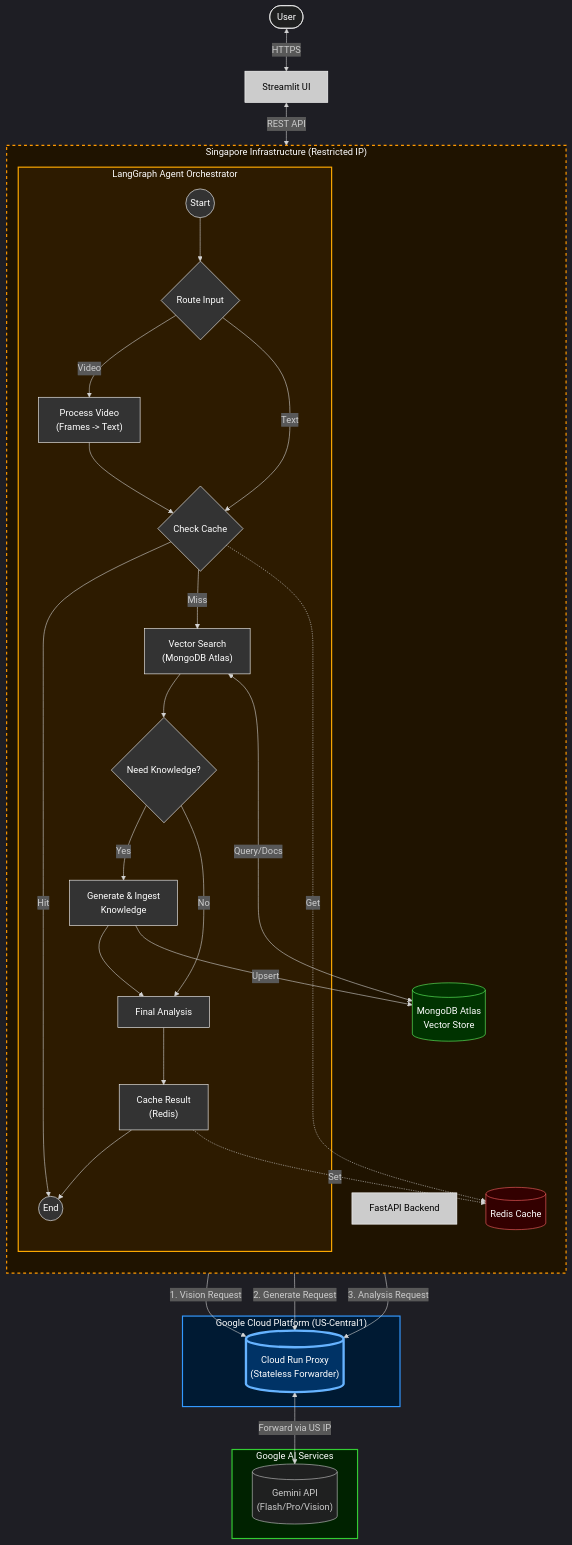
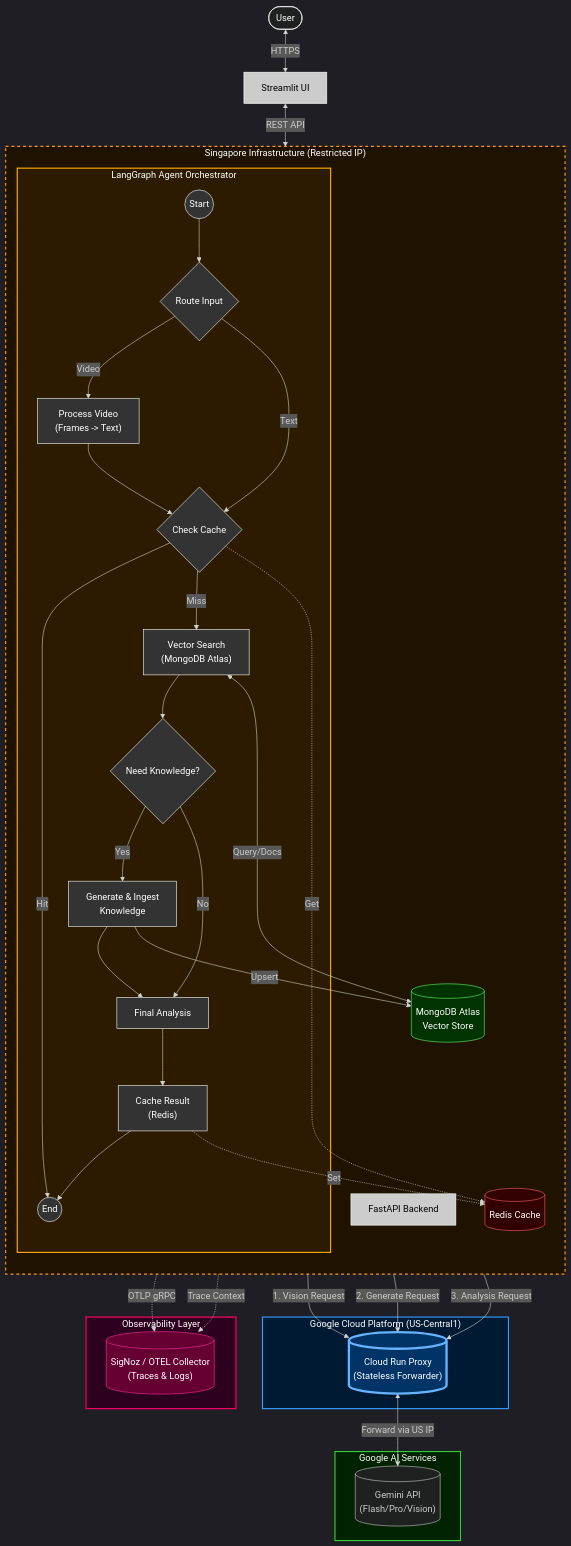
One commit to nirajmind/CareerPilot changed the diagram in docs/system_architecture.md. Above: the diagram before and after it, drawn with Mermaid. The commit also changed other lines of this file and 51 other files, not shown here.

First line of the commit message:
Architectural gap analysis corrected

```diff
--- a/docs/system_architecture.md
+++ b/docs/system_architecture.md
@@ -48,11 +48,16 @@
     subgraph External_Services ["Google AI Services"]
         Gemini[("Gemini API\n(Flash/Pro/Vision)")]
     end
+    subgraph Observability ["Observability Layer"]
+        Collector[("SigNoz / OTEL Collector\n(Traces & Logs)")]
+    end
     VidProc -->|1. Vision Request| Proxy
     Gen -->|2. Generate Request| Proxy
     Final -->|3. Analysis Request| Proxy
     
     Proxy <-->|Forward via US IP| Gemini
+    API -.->|OTLP gRPC| Collector
+    Start -.->|Trace Context| Collector
     
     
     classDef darkNode fill:#1a1a1a,stroke:#66b3ff,stroke-width:2px,color:#fff;
@@ -62,6 +67,8 @@
     style Agent_Workflow fill:#2d1b00,stroke:#ffaa00,stroke-width:2px,color:#fff
     style Google_Cloud_Platform fill:#001a33,stroke:#3399ff,stroke-width:2px,color:#fff
     style External_Services fill:#002200,stroke:#33cc33,stroke-width:2px,color:#fff
+    style Observability fill:#2c001e,stroke:#ff0066,stroke-width:2px,color:#fff
+    style Collector fill:#660033,stroke:#ff3399,color:#fff
     
     style Proxy fill:#003366,stroke:#66b3ff,stroke-width:4px,color:#fff
     style Redis fill:#330000,stroke:#ff6666,color:#fff
```
